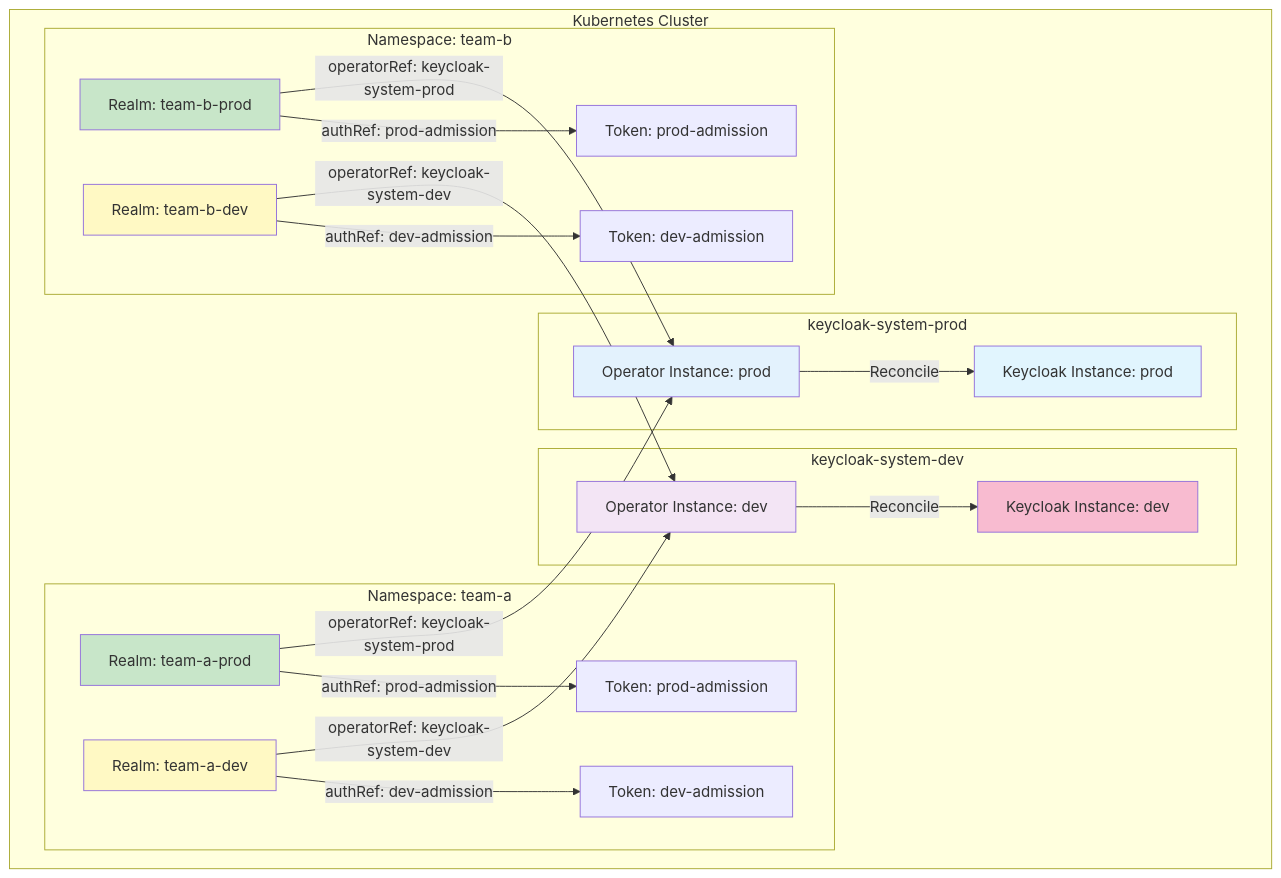
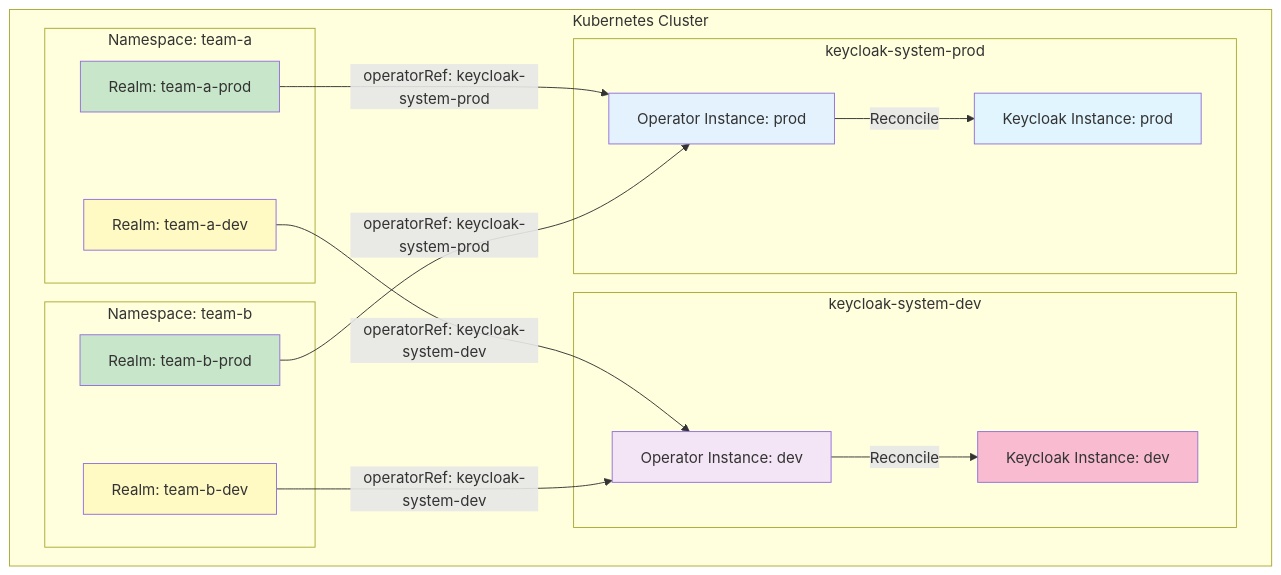
The third of 4 diagrams in docs/concepts/architecture.md (vriesdemichael/keycloak-operator), drawn with Mermaid before and after one commit. The commit also changed other lines of this file and 3 other files, not shown here.

Commit message:
docs: remove stale token-based auth model references

````diff
--- a/docs/concepts/architecture.md
+++ b/docs/concepts/architecture.md
@@ -269,51 +269,42 @@
 ```mermaid
 graph TB
     subgraph Cluster["Kubernetes Cluster"]
         subgraph OpNS1["keycloak-system-prod"]
             Op1[Operator Instance: prod]
             KC1[Keycloak Instance: prod]
         end
 
         subgraph OpNS2["keycloak-system-dev"]
             Op2[Operator Instance: dev]
             KC2[Keycloak Instance: dev]
         end
 
         subgraph TeamA["Namespace: team-a"]
             RealmA1[Realm: team-a-prod]
             RealmA2[Realm: team-a-dev]
-            TokenA1[Token: prod-admission]
-            TokenA2[Token: dev-admission]
         end
 
         subgraph TeamB["Namespace: team-b"]
             RealmB1[Realm: team-b-prod]
             RealmB2[Realm: team-b-dev]
-            TokenB1[Token: prod-admission]
-            TokenB2[Token: dev-admission]
         end
     end
 
     RealmA1 -->|operatorRef: keycloak-system-prod| Op1
-    RealmA1 -->|authRef: prod-admission| TokenA1
     Op1 -->|Reconcile| KC1
 
     RealmA2 -->|operatorRef: keycloak-system-dev| Op2
-    RealmA2 -->|authRef: dev-admission| TokenA2
     Op2 -->|Reconcile| KC2
 
     RealmB1 -->|operatorRef: keycloak-system-prod| Op1
-    RealmB1 -->|authRef: prod-admission| TokenB1
-
     RealmB2 -->|operatorRef: keycloak-system-dev| Op2
-    RealmB2 -->|authRef: dev-admission| TokenB2
 
     style Op1 fill:#e3f2fd
     style Op2 fill:#f3e5f5
     style KC1 fill:#e1f5fe
     style KC2 fill:#f8bbd0
     style RealmA1 fill:#c8e6c9
     style RealmA2 fill:#fff9c4
     style RealmB1 fill:#c8e6c9
     style RealmB2 fill:#fff9c4
 ```
````
